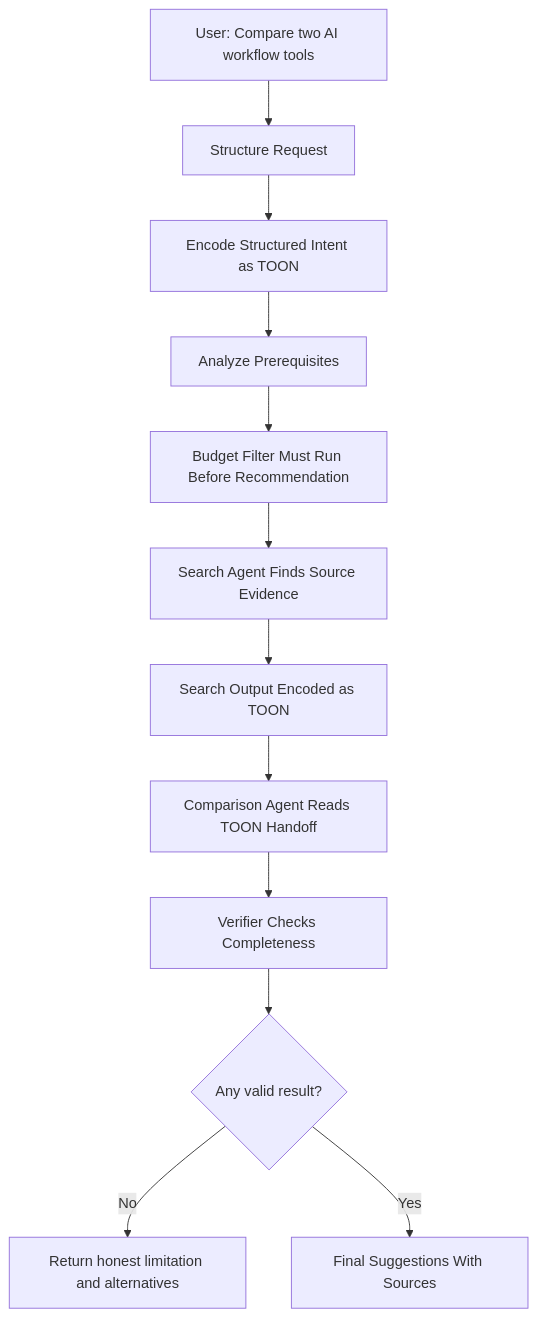
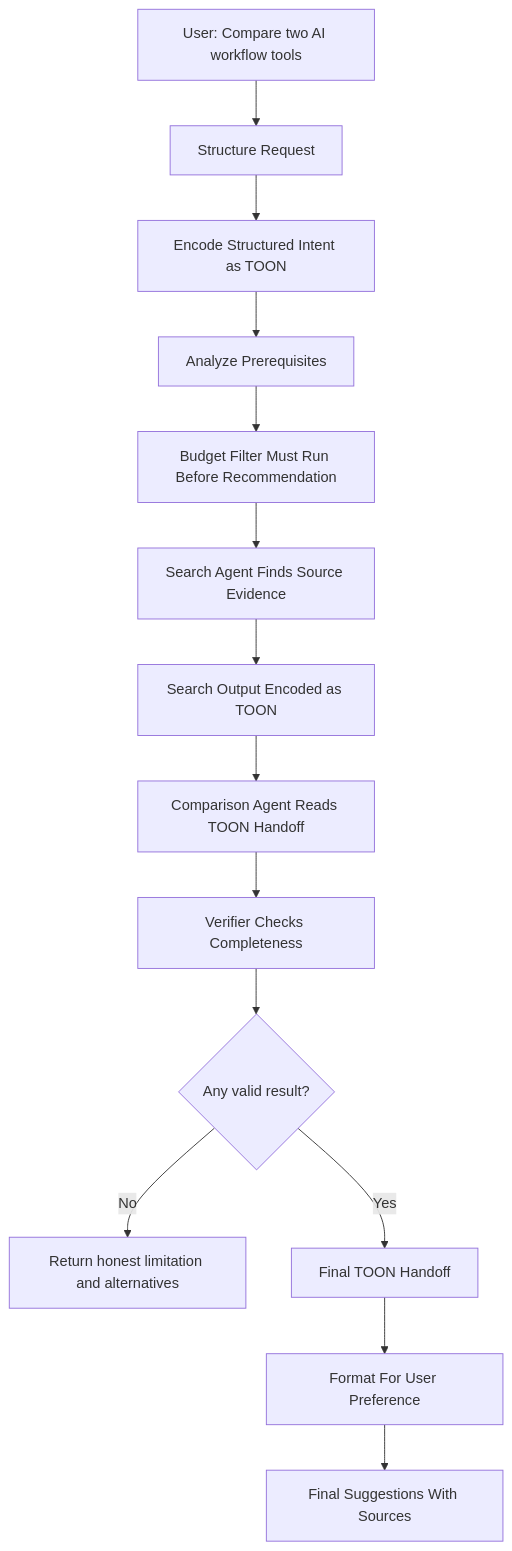
Before and after one commit to Hassaan146/agentic-ai-workflow: the ninth of 9 diagrams in docs/diagrams.md, drawn with Mermaid. The commit also changed other lines of this file, not shown here.

Commit message:
Add response preference diagrams

````diff
--- a/docs/diagrams.md
+++ b/docs/diagrams.md
@@ -113,14 +148,16 @@
 ```mermaid
 flowchart TD
     A["User: Compare two AI workflow tools"] --> B["Structure Request"]
     B --> C["Encode Structured Intent as TOON"]
     C --> D["Analyze Prerequisites"]
     D --> E["Budget Filter Must Run Before Recommendation"]
     E --> F["Search Agent Finds Source Evidence"]
     F --> G["Search Output Encoded as TOON"]
     G --> H["Comparison Agent Reads TOON Handoff"]
     H --> I["Verifier Checks Completeness"]
     I --> Q{"Any valid result?"}
     Q -->|No| R["Return honest limitation and alternatives"]
-    Q -->|Yes| S["Final Suggestions With Sources"]
+    Q -->|Yes| S["Final TOON Handoff"]
+    S --> T["Format For User Preference"]
+    T --> U["Final Suggestions With Sources"]
 ```
````
